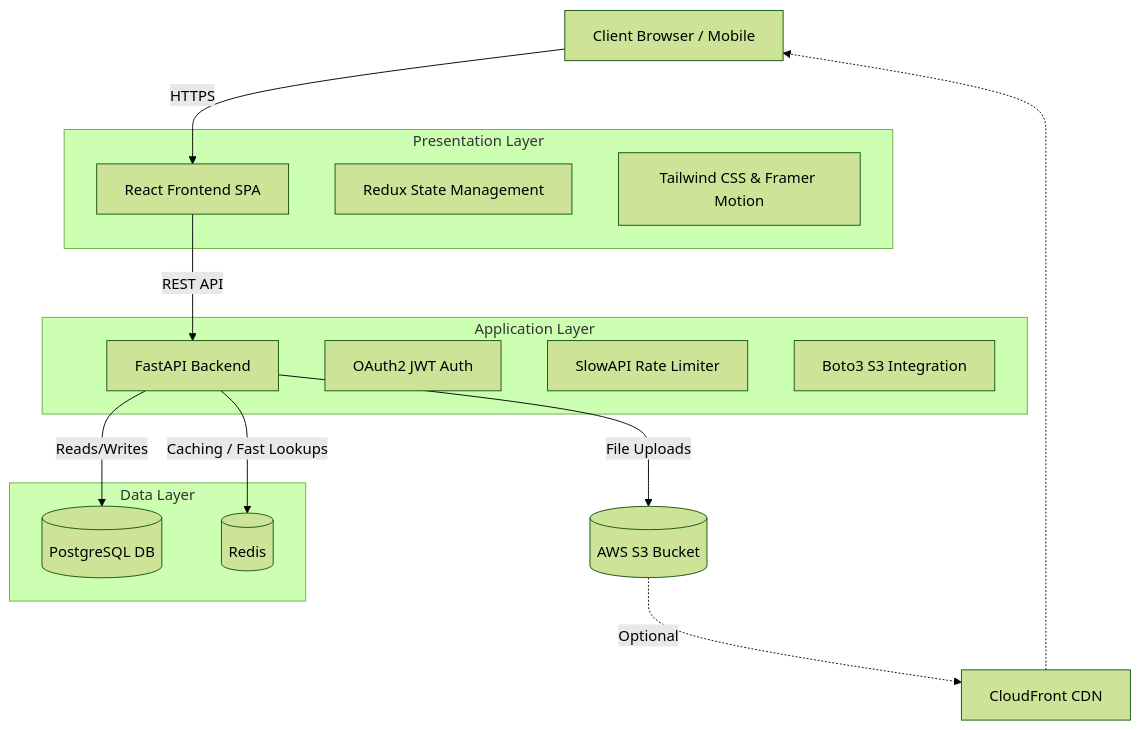
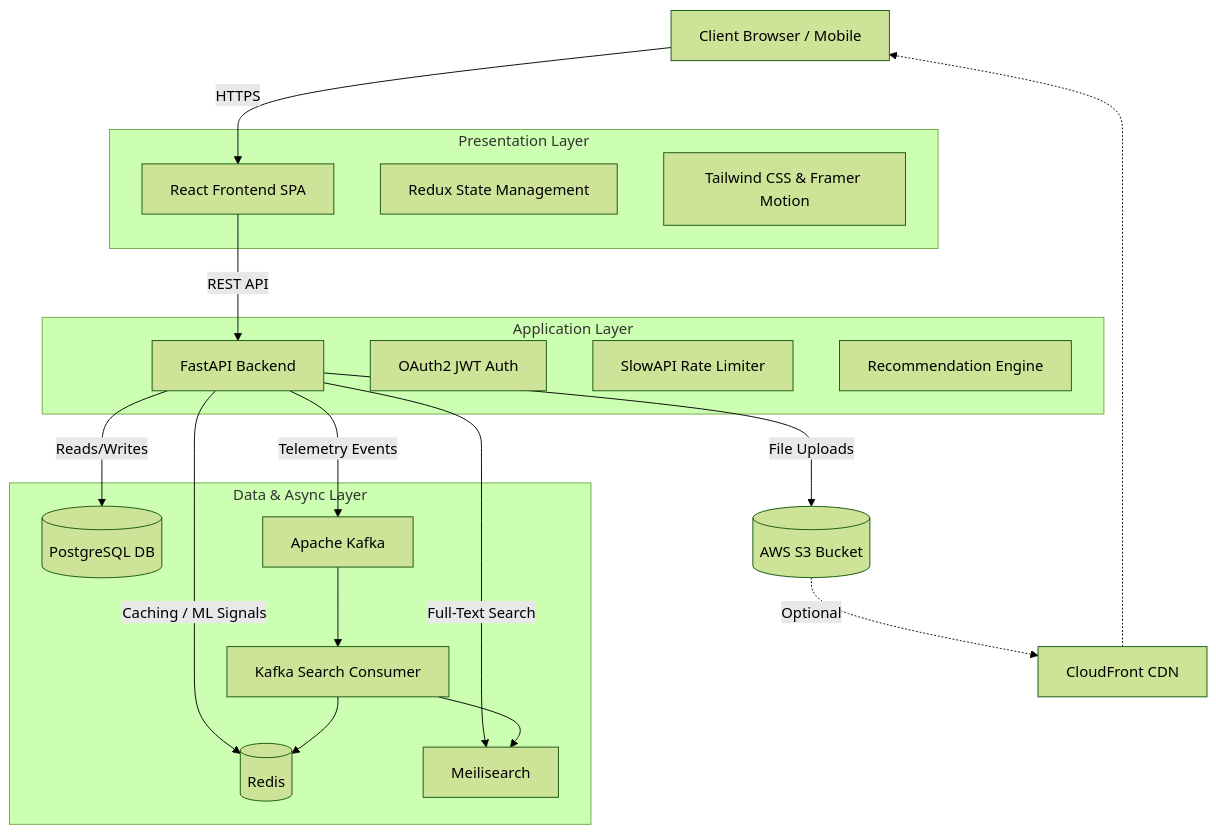
One commit to manoj-chavan-13/BareMind changed the first of 2 diagrams in README.md. Above: the diagram before and after it, drawn with Mermaid (forest theme). The commit also changed other lines of this file, not shown here.

Commit message:
docs: update README with premium project architecture and features

````diff
--- a/README.md
+++ b/README.md
@@ -13,31 +24,37 @@
 ```mermaid
 graph TD
     Client[Client Browser / Mobile] -->|HTTPS| React[React Frontend SPA]
     
     subgraph Frontend [Presentation Layer]
         React
         Redux[Redux State Management]
         Tailwind[Tailwind CSS & Framer Motion]
     end
     
     React -->|REST API| FastAPI[FastAPI Backend]
     
     subgraph Backend [Application Layer]
         FastAPI
         Auth[OAuth2 JWT Auth]
         RateLimit[SlowAPI Rate Limiter]
-        S3Client[Boto3 S3 Integration]
+        SearchEng[Recommendation Engine]
     end
     
     FastAPI -->|Reads/Writes| Postgres[(PostgreSQL DB)]
-    FastAPI -->|Caching / Fast Lookups| Redis[(Redis)]
+    FastAPI -->|Telemetry Events| Kafka[Apache Kafka]
+    FastAPI -->|Caching / ML Signals| Redis[(Redis)]
+    FastAPI -->|Full-Text Search| Meili[Meilisearch]
     FastAPI -->|File Uploads| AWS_S3[(AWS S3 Bucket)]
     
-    subgraph Data Layer
+    subgraph Data & Async Layer
         Postgres
         Redis
+        Meili
+        Kafka --> Consumer[Kafka Search Consumer]
+        Consumer --> Redis
+        Consumer --> Meili
     end
     
     AWS_S3 -.->|Optional| CDN[CloudFront CDN]
     CDN -.-> Client
 ```
````
